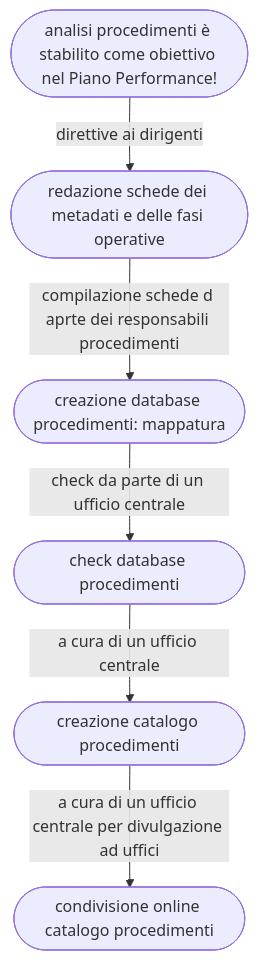
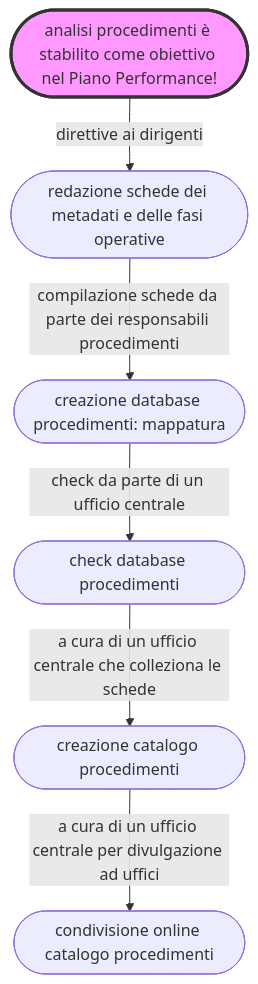
The diagram in docs/index.md (UO-TransizioneDigitaleComunePalermo/mappatura-procedimenti-amministrativi), drawn with Mermaid before and after one commit.

````diff
--- a/docs/index.md
+++ b/docs/index.md
@@ -21,8 +21,9 @@
 ``` mermaid
 graph TD
 A([analisi procedimenti è stabilito come obiettivo nel Piano Performance!]) -->|direttive ai dirigenti| B([redazione schede dei metadati e delle fasi operative])
-B -->|compilazione schede d aprte dei responsabili procedimenti| C([creazione database procedimenti: mappatura]) 
+B -->|compilazione schede da parte dei responsabili procedimenti| C([creazione database procedimenti: mappatura]) 
 C -->|check da parte di un ufficio centrale| D([check database procedimenti]) 
-D -->|a cura di un ufficio centrale| E([creazione catalogo procedimenti]) 
+D -->|a cura di un ufficio centrale che colleziona le schede| E([creazione catalogo procedimenti]) 
 E -->|a cura di un ufficio centrale per divulgazione ad uffici| F([condivisione online catalogo procedimenti])
+style A fill:#f9f,stroke:#333,stroke-width:3px
 ```
````
